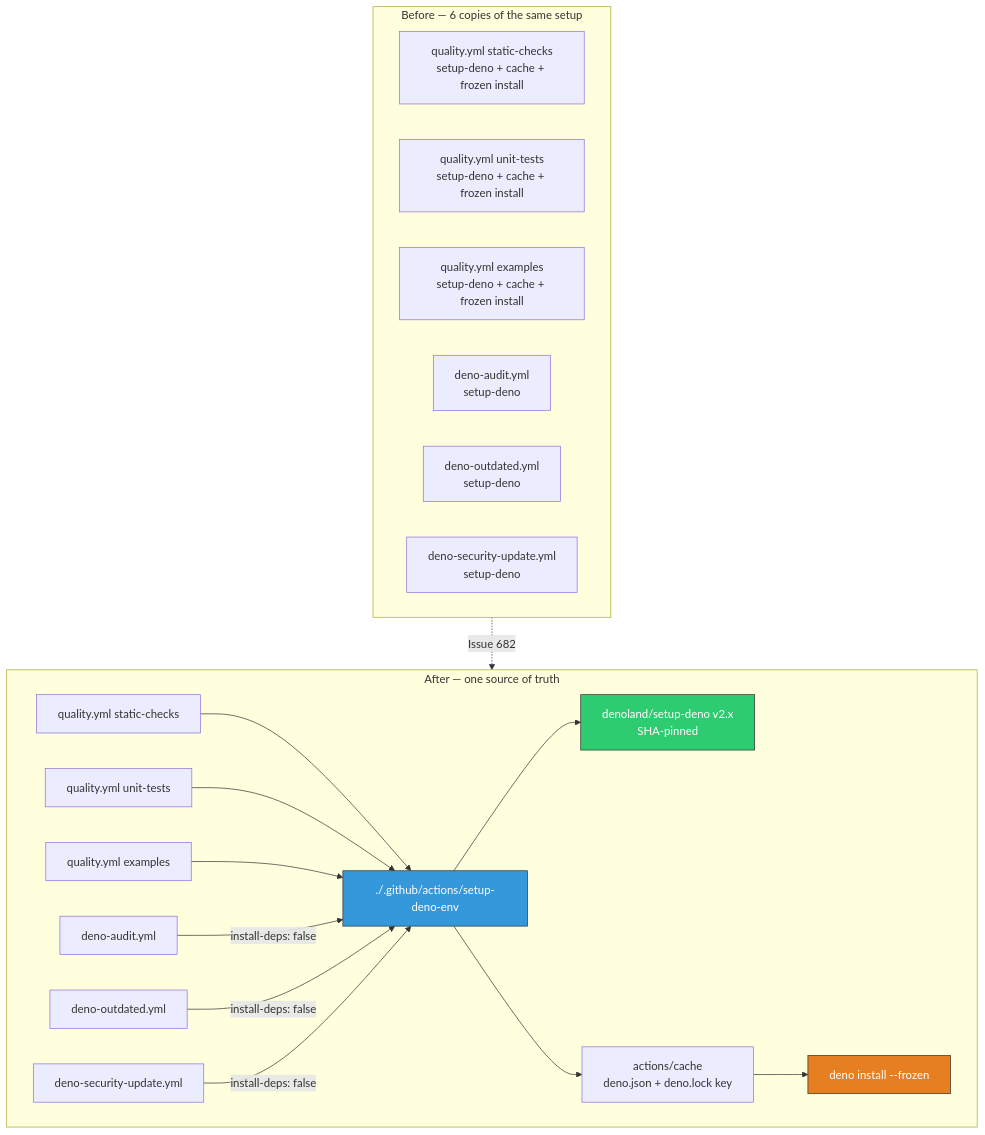
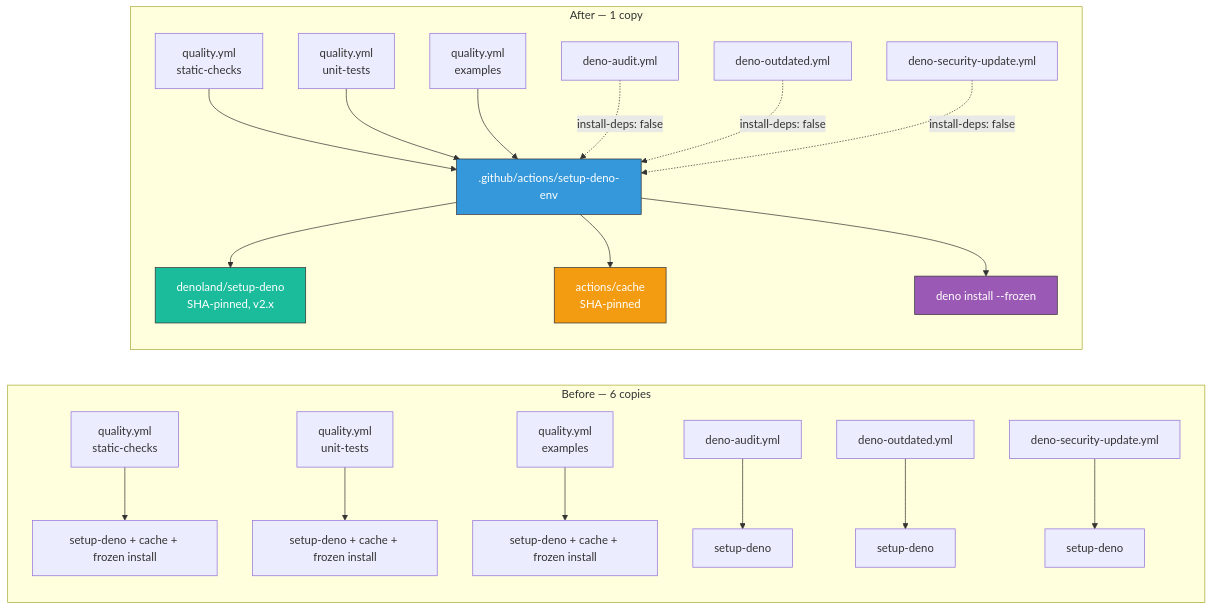
One commit to stSoftwareAU/NEAT-AI-Examples changed the diagram in docs/archive/pr-summaries/pr-summary-682.md. Above: the diagram before and after it, drawn with Mermaid. The commit also changed other lines of this file, not shown here.

First line of the commit message:
docs: add PR summary for the setup-deno-env extraction (#682)

````diff
--- a/docs/archive/pr-summaries/pr-summary-682.md
+++ b/docs/archive/pr-summaries/pr-summary-682.md
@@ -44,36 +53,28 @@
 ```mermaid
-flowchart TB
-    subgraph BEFORE["Before — 6 copies of the same setup"]
-        B1[quality.yml static-checks<br/>setup-deno + cache + frozen install]
-        B2[quality.yml unit-tests<br/>setup-deno + cache + frozen install]
-        B3[quality.yml examples<br/>setup-deno + cache + frozen install]
-        B4[deno-audit.yml<br/>setup-deno]
-        B5[deno-outdated.yml<br/>setup-deno]
-        B6[deno-security-update.yml<br/>setup-deno]
+flowchart LR
+    subgraph BEFORE["Before — 6 copies"]
+        B1[quality.yml<br/>static-checks] --> BS1[setup-deno + cache + frozen install]
+        B2[quality.yml<br/>unit-tests] --> BS2[setup-deno + cache + frozen install]
+        B3[quality.yml<br/>examples] --> BS3[setup-deno + cache + frozen install]
+        B4[deno-audit.yml] --> BS4[setup-deno]
+        B5[deno-outdated.yml] --> BS5[setup-deno]
+        B6[deno-security-update.yml] --> BS6[setup-deno]
     end
 
-    subgraph AFTER["After — one source of truth"]
-        A1[quality.yml static-checks]
-        A2[quality.yml unit-tests]
-        A3[quality.yml examples]
-        A4[deno-audit.yml]
-        A5[deno-outdated.yml]
-        A6[deno-security-update.yml]
-        A1 --> ACT
-        A2 --> ACT
-        A3 --> ACT
-        A4 -->|install-deps: false| ACT
-        A5 -->|install-deps: false| ACT
-        A6 -->|install-deps: false| ACT
-        ACT["./.github/actions/setup-deno-env"]
-        ACT --> PIN[denoland/setup-deno v2.x<br/>SHA-pinned]
-        ACT --> CACHE[actions/cache<br/>deno.json + deno.lock key]
-        CACHE --> FROZEN[deno install --frozen]
+    subgraph AFTER["After — 1 copy"]
+        A1[quality.yml<br/>static-checks] --> ACT
+        A2[quality.yml<br/>unit-tests] --> ACT
+        A3[quality.yml<br/>examples] --> ACT
+        A4[deno-audit.yml] -. "install-deps: false" .-> ACT
+        A5[deno-outdated.yml] -. "install-deps: false" .-> ACT
+        A6[deno-security-update.yml] -. "install-deps: false" .-> ACT
+        ACT[".github/actions/setup-deno-env"] --> D1[denoland/setup-deno<br/>SHA-pinned, v2.x]
+        ACT --> D2[actions/cache<br/>SHA-pinned]
+        ACT --> D3[deno install --frozen]
     end
 
-    BEFORE -.->|Issue 682| AFTER
-
     style ACT fill:#3498db,stroke:#333,color:#fff
-    style PIN fill:#2ecc71,stroke:#333,color:#fff
-    style FROZEN fill:#e67e22,stroke:#333,color:#fff
+    style D1 fill:#1abc9c,stroke:#333,color:#fff
+    style D2 fill:#f39c12,stroke:#333,color:#fff
+    style D3 fill:#9b59b6,stroke:#333,color:#fff
 ```
````
